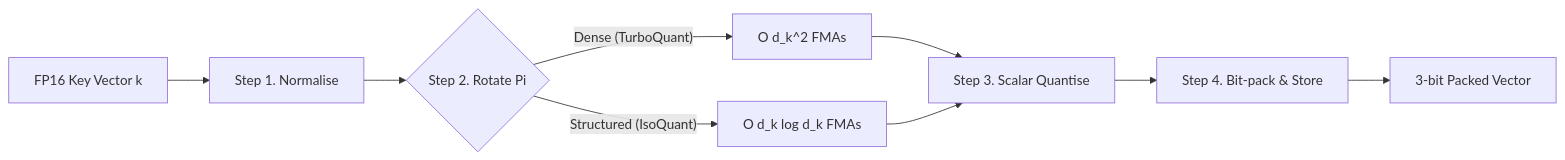
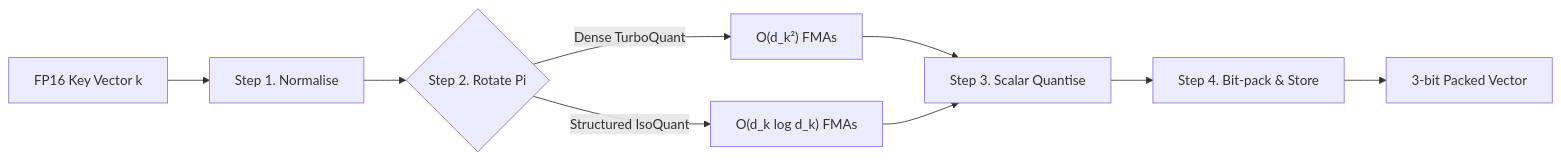
Before and after one commit to 2096955/RotaryQuant: the second of 4 diagrams in README.md, drawn with Mermaid. The commit also changed 1 other file, not shown here.

Commit message:
fix: escape parentheses in Mermaid node labels
GitHub's Mermaid parser treats unquoted parentheses as shape
delimiters. Wrap O(d_k²) and O(d_k log d_k) in quotes so the
KV compression pipeline diagram renders correctly.

````diff
--- a/README.md
+++ b/README.md
@@ -308,11 +308,11 @@
 ```mermaid
 graph LR
     A[FP16 Key Vector k] --> B[Step 1. Normalise]
     B --> C{Step 2. Rotate Pi}
-    C -- "Dense (TurboQuant)" --> D[O d_k^2 FMAs]
-    C -- "Structured (IsoQuant)" --> E[O d_k log d_k FMAs]
+    C -- "Dense TurboQuant" --> D["O(d_k²) FMAs"]
+    C -- "Structured IsoQuant" --> E["O(d_k log d_k) FMAs"]
     D --> F[Step 3. Scalar Quantise]
     E --> F
     F --> G[Step 4. Bit-pack & Store]
     G --> H[3-bit Packed Vector]
 ```
````
